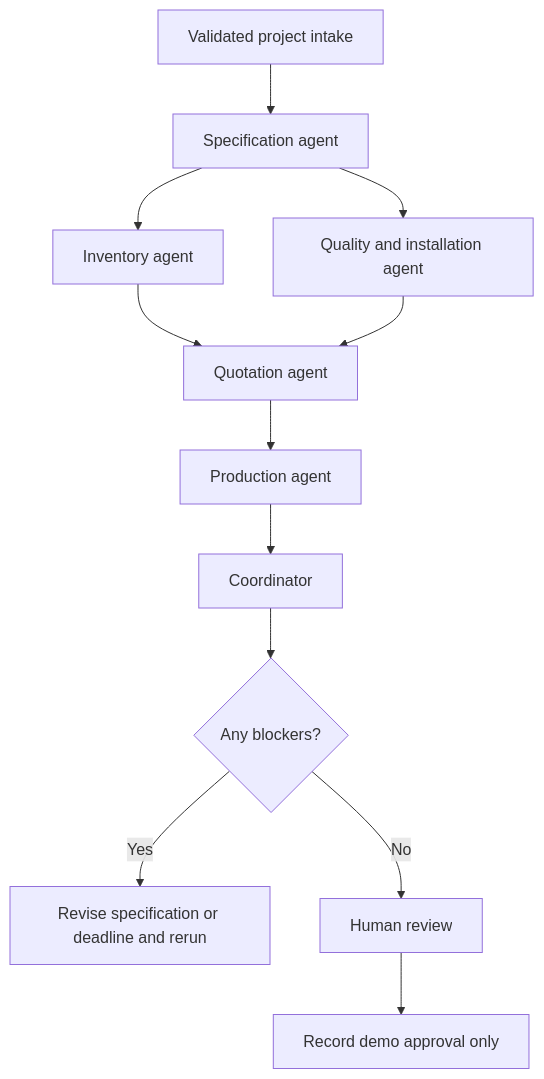
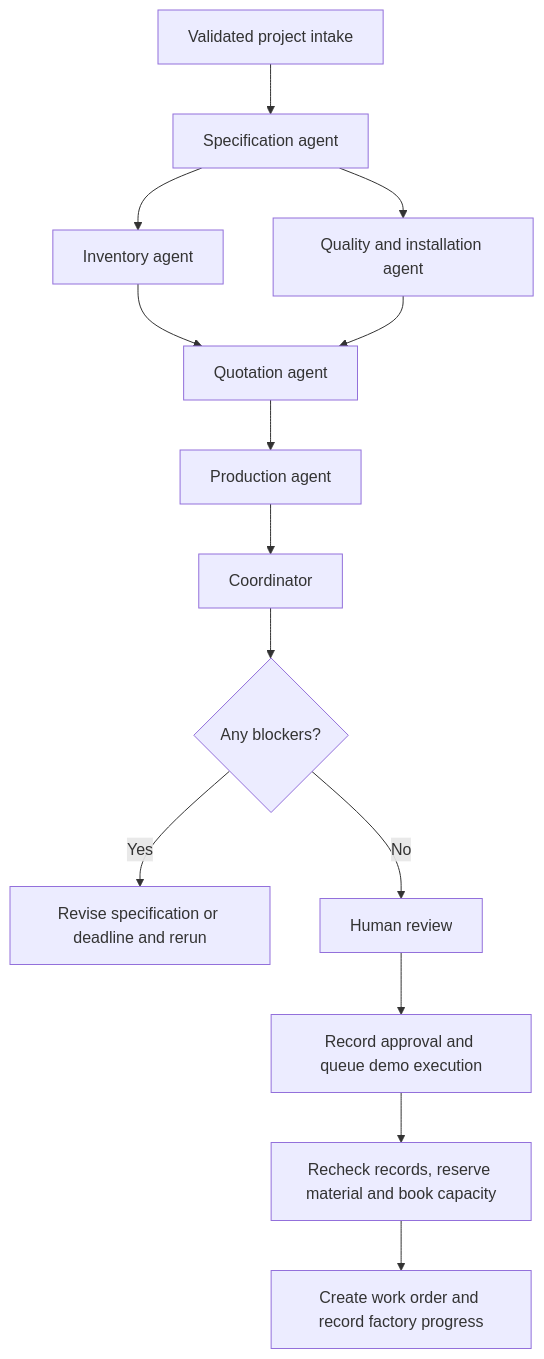
The diagram in README.md (InfasMohammed/DemoRoyalBlinds), drawn with Mermaid before and after one commit. The commit also changed other lines of this file and 87 other files, not shown here.

````diff
--- a/README.md
+++ b/README.md
@@ -142,14 +170,16 @@
 ```mermaid
 flowchart TD
     A[Validated project intake] --> B[Specification agent]
     B --> C[Inventory agent]
     B --> D[Quality and installation agent]
     C --> E[Quotation agent]
     D --> E
     E --> F[Production agent]
     F --> G[Coordinator]
     G --> H{Any blockers?}
     H -->|Yes| I[Revise specification or deadline and rerun]
     H -->|No| J[Human review]
-    J --> K[Record demo approval only]
+    J --> K[Record approval and queue demo execution]
+    K --> L[Recheck records, reserve material and book capacity]
+    L --> M[Create work order and record factory progress]
 ```
````
